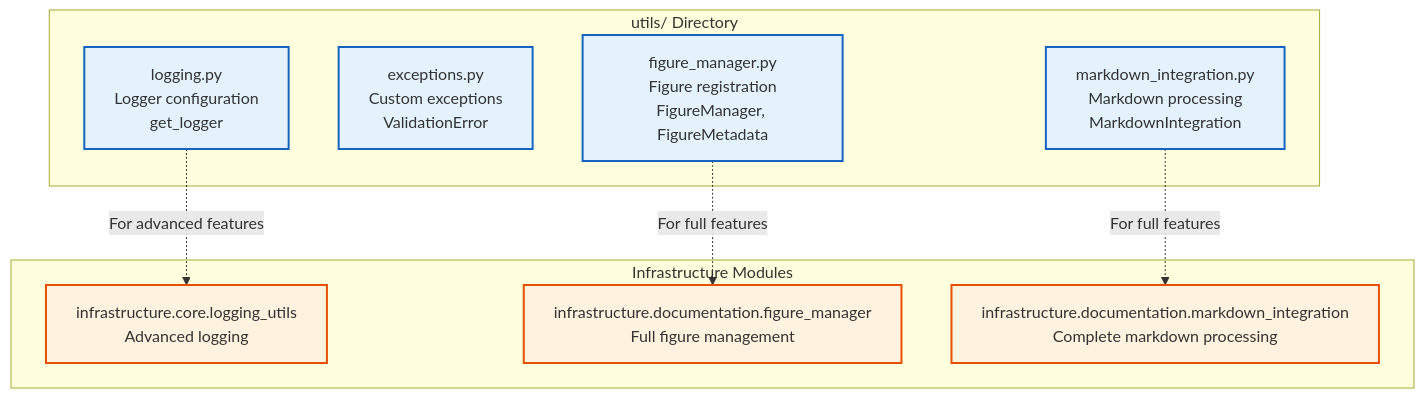
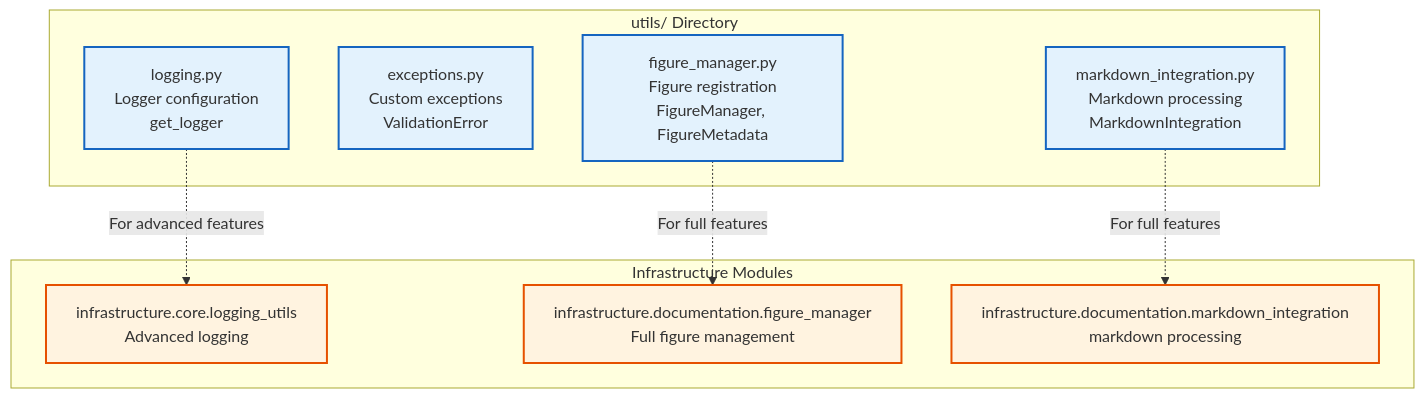
One commit to docxology/template changed the diagram in projects/active_inference_meta_pragmatic/src/utils/README.md. Above: the diagram before and after it, drawn with Mermaid. The commit also changed other lines of this file and 1586 other files, not shown here.

````diff
--- a/projects/active_inference_meta_pragmatic/src/utils/README.md
+++ b/projects/active_inference_meta_pragmatic/src/utils/README.md
@@ -29,25 +29,25 @@
 ```mermaid
 graph TD
     subgraph Utils["utils/ Directory"]
         LOGGING[logging.py<br/>Logger configuration<br/>get_logger]
         EXCEPTIONS[exceptions.py<br/>Custom exceptions<br/>ValidationError]
         FIGURES[figure_manager.py<br/>Figure registration<br/>FigureManager, FigureMetadata]
         MARKDOWN[markdown_integration.py<br/>Markdown processing<br/>MarkdownIntegration]
     end
 
     subgraph Infrastructure["Infrastructure Modules"]
         INFRA_LOGGING[infrastructure.core.logging_utils<br/>Advanced logging]
         INFRA_FIGURES[infrastructure.documentation.figure_manager<br/>Full figure management]
-        INFRA_MARKDOWN[infrastructure.documentation.markdown_integration<br/>Complete markdown processing]
+        INFRA_MARKDOWN[infrastructure.documentation.markdown_integration<br/>markdown processing]
     end
 
     LOGGING -.->|For advanced features| INFRA_LOGGING
     FIGURES -.->|For full features| INFRA_FIGURES
     MARKDOWN -.->|For full features| INFRA_MARKDOWN
 
     classDef utils fill:#e3f2fd,stroke:#1565c0,stroke-width:2px
     classDef infra fill:#fff3e0,stroke:#e65100,stroke-width:2px
 
     class LOGGING,EXCEPTIONS,FIGURES,MARKDOWN utils
     class INFRA_LOGGING,INFRA_FIGURES,INFRA_MARKDOWN infra
 ```
````
